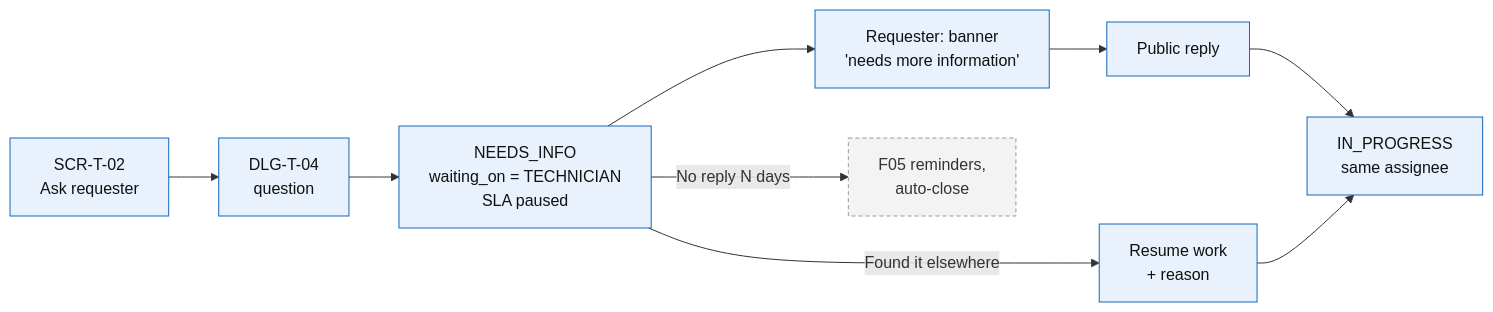
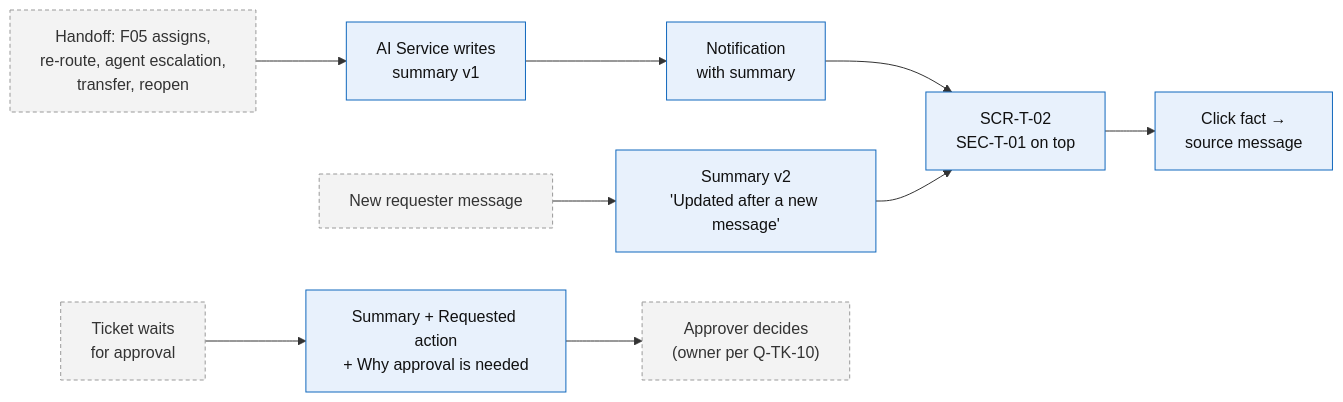
The third of 7 diagrams in docs/f03-ticket-management/information-architecture/03-user-flows.md (Akaza-ban/Fable), drawn with Mermaid before and after one commit. The commit also changed other lines of this file and 9 other files, not shown here.

Commit message:
docs: align with mindmap

````diff
--- a/docs/f03-ticket-management/information-architecture/03-user-flows.md
+++ b/docs/f03-ticket-management/information-architecture/03-user-flows.md
@@ -67,16 +69,16 @@
 ```mermaid
 flowchart LR
-    a["SCR-T-02<br/>Ask requester"] --> b["DLG-T-04<br/>question"]
-    b --> c["NEEDS_INFO<br/>waiting_on = TECHNICIAN<br/>SLA paused"]
-    c --> d["Requester: banner<br/>'needs more information'"]
-    d --> e["Public reply"]
-    e --> f["IN_PROGRESS<br/>same assignee"]
-    c -- "Found it elsewhere" --> g["Resume work<br/>+ reason"]
-    g --> f
-    c -- "No reply N days" --> h["F05 reminders,<br/>auto-close"]
+    a["Handoff: F05 assigns,<br/>re-route, agent escalation,<br/>transfer, reopen"] --> b["AI Service writes<br/>summary v1"]
+    b --> c["Notification<br/>with summary"]
+    c --> d["SCR-T-02<br/>SEC-T-01 on top"]
+    d --> e["Click fact →<br/>source message"]
+    f["New requester message"] --> g["Summary v2<br/>'Updated after a new message'"]
+    g --> d
+    h["Ticket waits<br/>for approval"] --> i["Summary + Requested action<br/>+ Why approval is needed"]
+    i --> j["Approver decides<br/>(owner per Q-TK-10)"]
 
     classDef f03 fill:#e8f1fc,color:#111,stroke:#1168bd
     classDef other fill:#f3f3f3,color:#333,stroke:#999,stroke-dasharray:4 3
-    class a,b,c,d,e,f,g f03
-    class h other
+    class b,c,d,e,g,i f03
+    class a,f,h,j other
 ```
````
